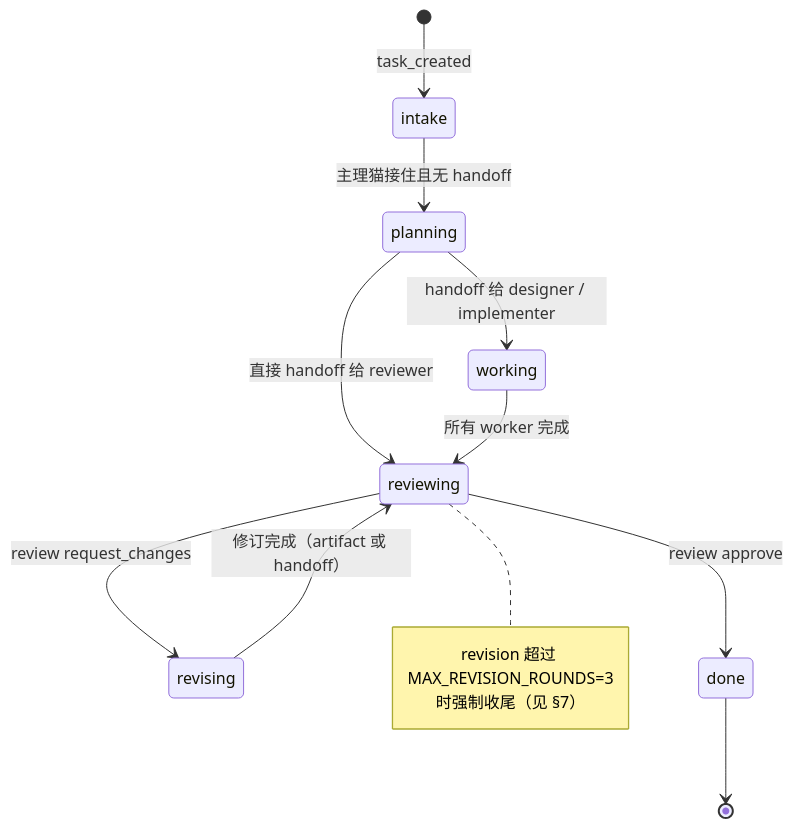
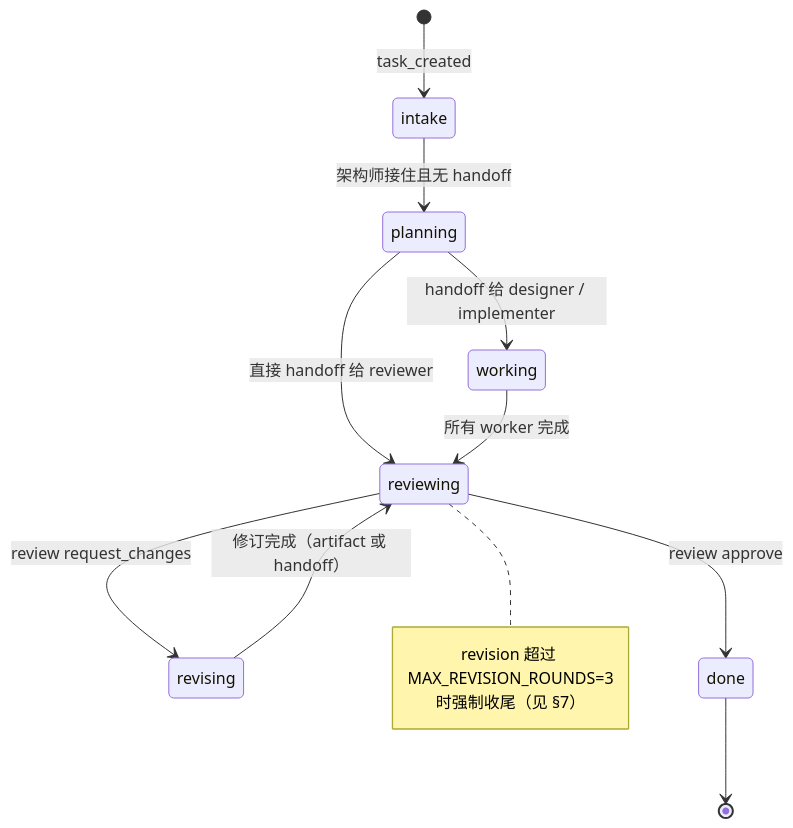
Before and after one commit to zishuo-xu/cat-cafe-lab: the diagram in docs/engine.md, drawn with Mermaid. The commit also changed other lines of this file and 16 other files, not shown here.

````diff
--- a/docs/engine.md
+++ b/docs/engine.md
@@ -115,17 +115,17 @@
 ```mermaid
 stateDiagram-v2
     [*] --> intake: task_created
-    intake --> planning: 主理猫接住且无 handoff
+    intake --> planning: 架构师接住且无 handoff
     planning --> working: handoff 给 designer / implementer
     planning --> reviewing: 直接 handoff 给 reviewer
     working --> reviewing: 所有 worker 完成
     reviewing --> revising: review request_changes
     revising --> reviewing: 修订完成（artifact 或 handoff）
     reviewing --> done: review approve
     done --> [*]
 
     note right of reviewing
       revision 超过 MAX_REVISION_ROUNDS=3
       时强制收尾（见 §7）
     end note
 ```
````
